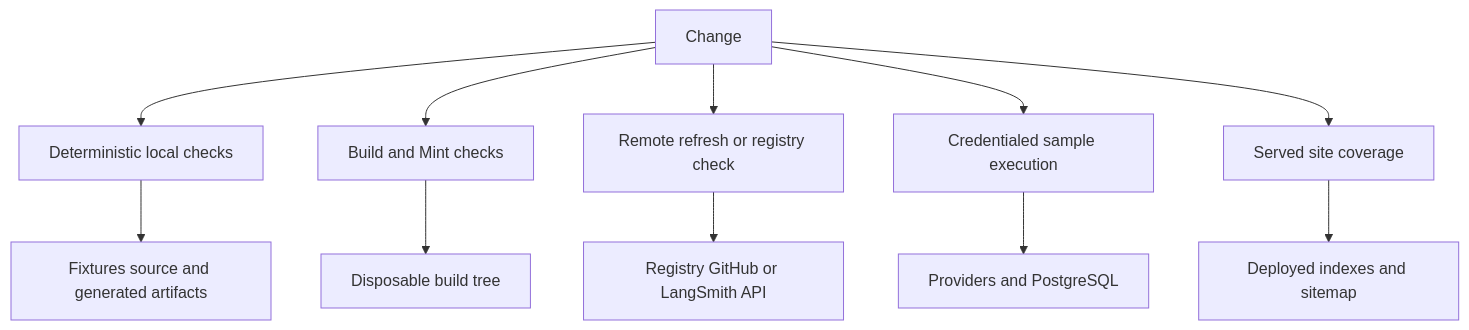
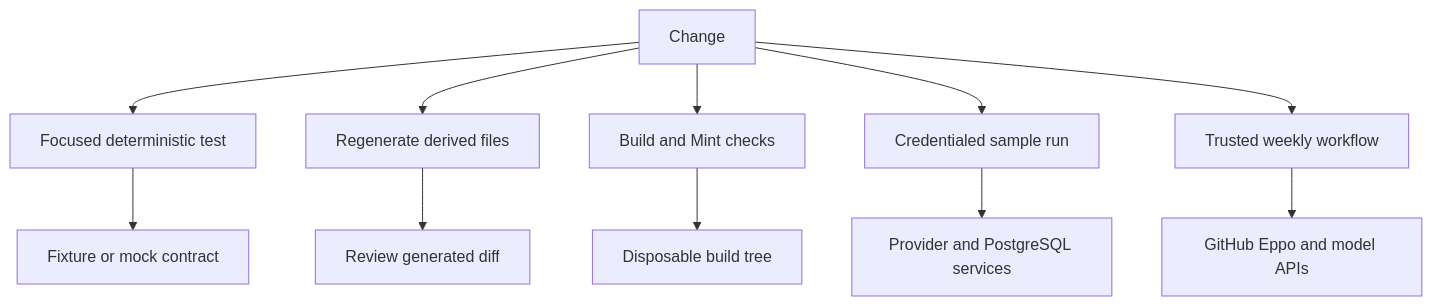
The first of 2 diagrams in openwiki/testing/test-overview.md (langchain-ai/docs), drawn with Mermaid before and after one commit. The commit also changed other lines of this file and 26 other files, not shown here.

````diff
--- a/openwiki/testing/test-overview.md
+++ b/openwiki/testing/test-overview.md
@@ -43,13 +48,13 @@
 ```mermaid
 flowchart TD
-  Change["Change"] --> Unit["Deterministic local checks"]
-  Unit --> Local["Fixtures source and generated artifacts"]
-  Change --> Rendered["Build and Mint checks"]
-  Rendered --> Build["Disposable build tree"]
-  Change --> Remote["Remote refresh or registry check"]
-  Remote --> Network["Registry GitHub or LangSmith API"]
-  Change --> Live["Credentialed sample execution"]
-  Live --> Services["Providers and PostgreSQL"]
-  Change --> Hosted["Served site coverage"]
-  Hosted --> Site["Deployed indexes and sitemap"]
+  Change["Change"] --> Unit["Focused deterministic test"]
+  Unit --> Contract["Fixture or mock contract"]
+  Change --> Generated["Regenerate derived files"]
+  Generated --> Diff["Review generated diff"]
+  Change --> Docs["Build and Mint checks"]
+  Docs --> Build["Disposable build tree"]
+  Change --> Live["Credentialed sample run"]
+  Live --> Services["Provider and PostgreSQL services"]
+  Change --> Weekly["Trusted weekly workflow"]
+  Weekly --> Remote["GitHub Eppo and model APIs"]
 ```
````
